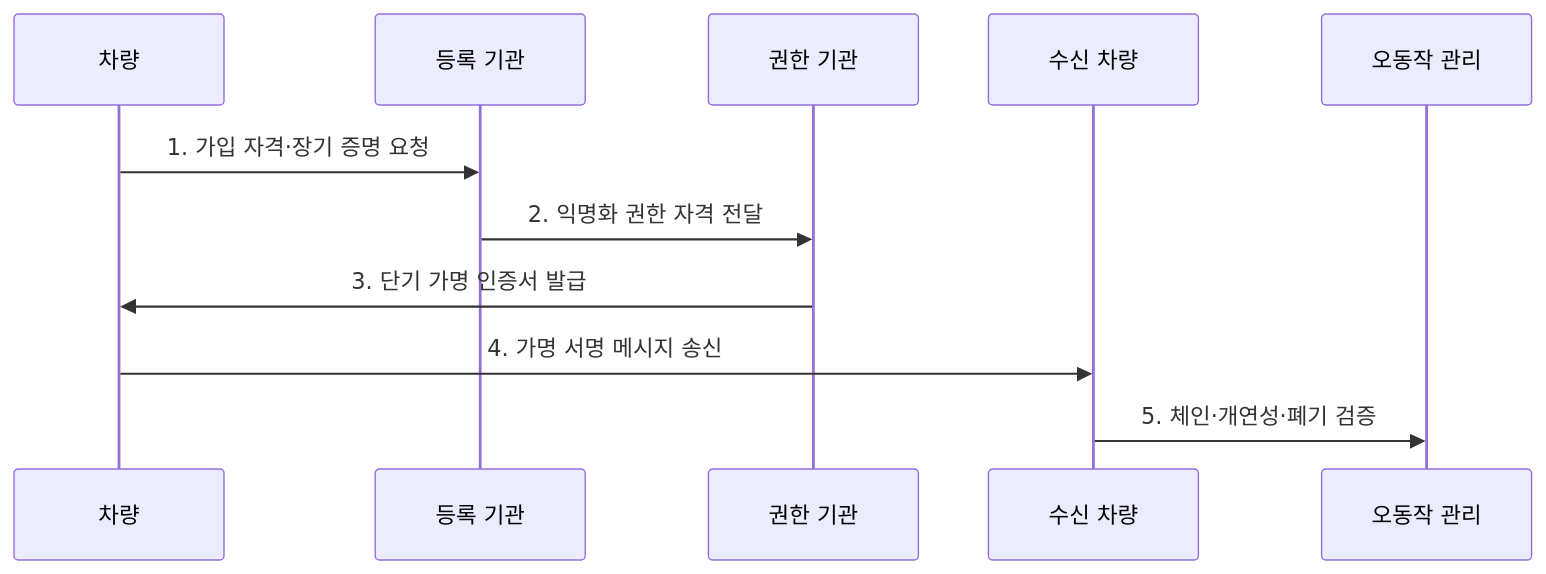
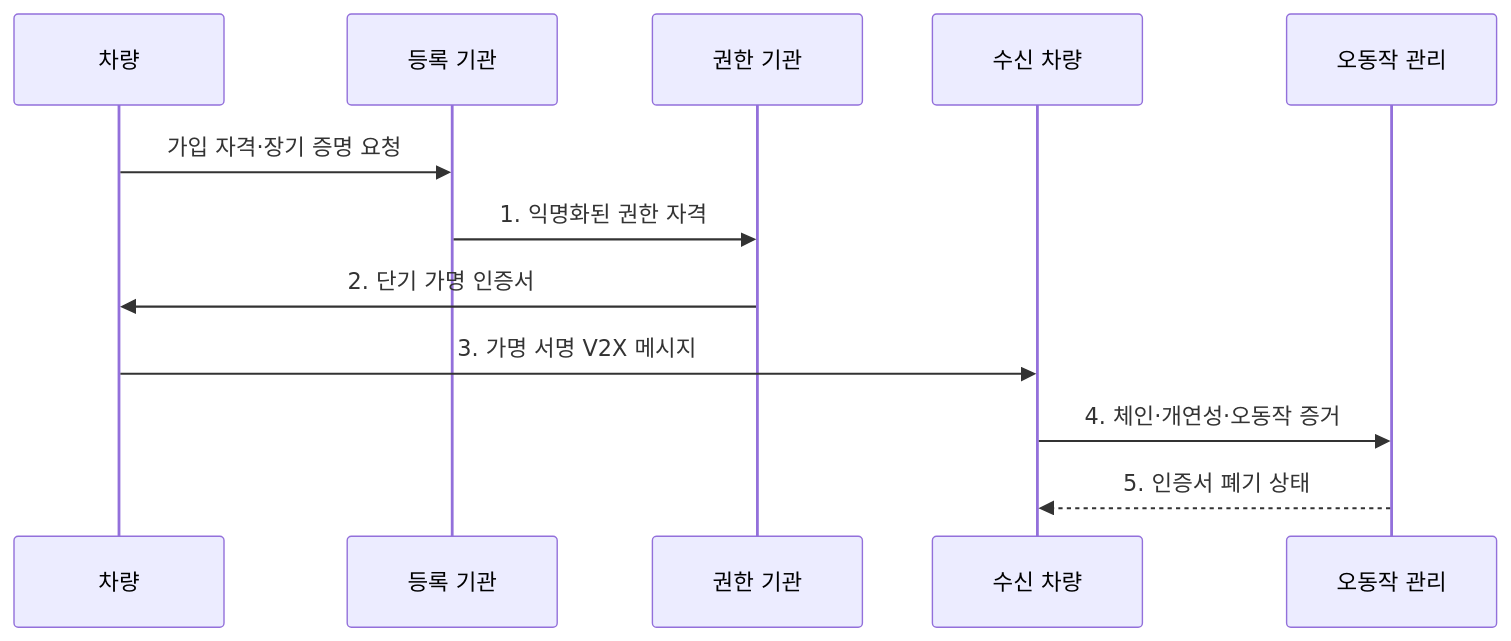
Before and after one commit to agnusdei1207/knowledge-base: the second of 2 diagrams in src/content/docs/notes/05-security/136_vehicle_pki.md, drawn with Mermaid. The commit also changed other lines of this file and 20 other files, not shown here.

````diff
--- a/src/content/docs/notes/05-security/136_vehicle_pki.md
+++ b/src/content/docs/notes/05-security/136_vehicle_pki.md
@@ -82,13 +83,14 @@
 ```mermaid
 sequenceDiagram
   participant V as 차량
   participant E as 등록 기관
   participant A as 권한 기관
   participant R as 수신 차량
   participant M as 오동작 관리
-  V->>E: 1. 가입 자격·장기 증명 요청
-  E->>A: 2. 익명화 권한 자격 전달
-  A->>V: 3. 단기 가명 인증서 발급
-  V->>R: 4. 가명 서명 메시지 송신
-  R->>M: 5. 체인·개연성·폐기 검증
+  V->>E: 가입 자격·장기 증명 요청
+  E->>A: 1. 익명화된 권한 자격
+  A->>V: 2. 단기 가명 인증서
+  V->>R: 3. 가명 서명 V2X 메시지
+  R->>M: 4. 체인·개연성·오동작 증거
+  M-->>R: 5. 인증서 폐기 상태
 ```
````
